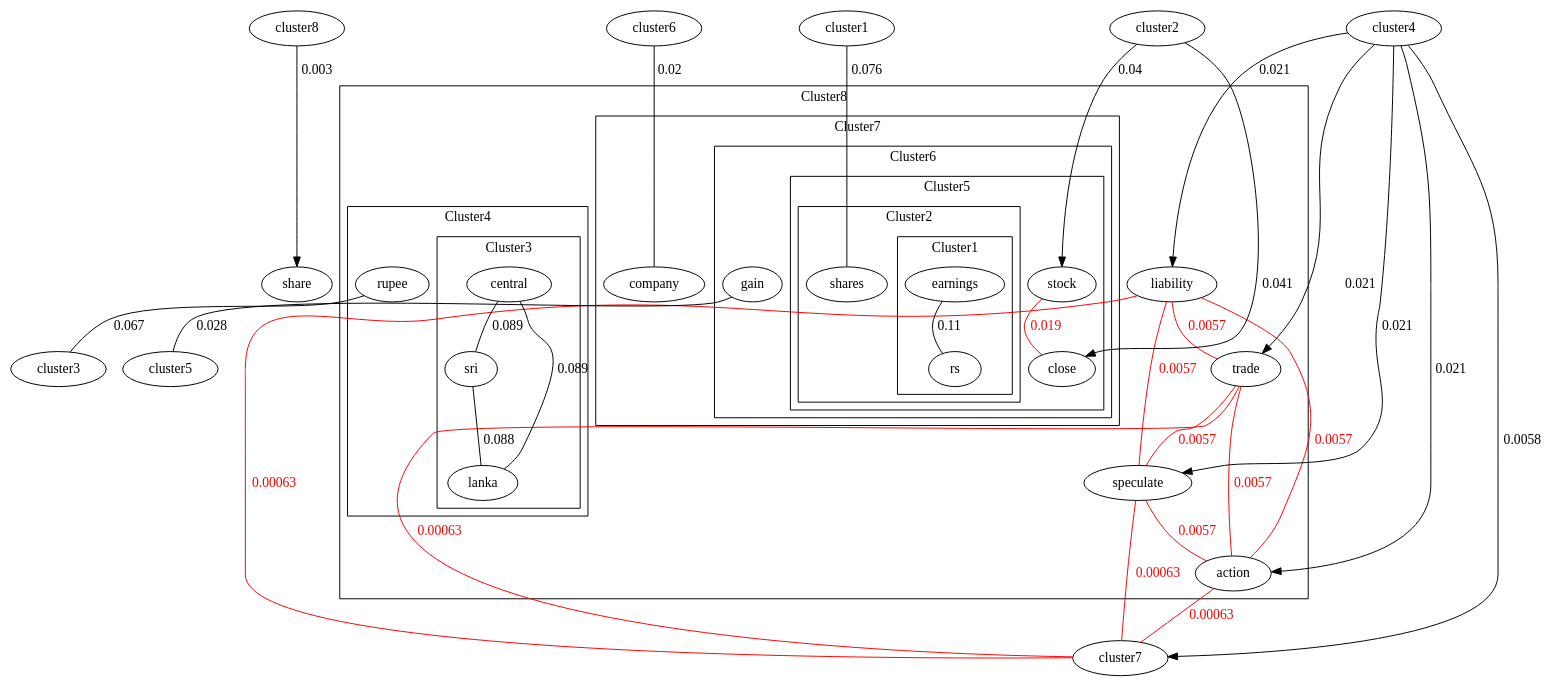
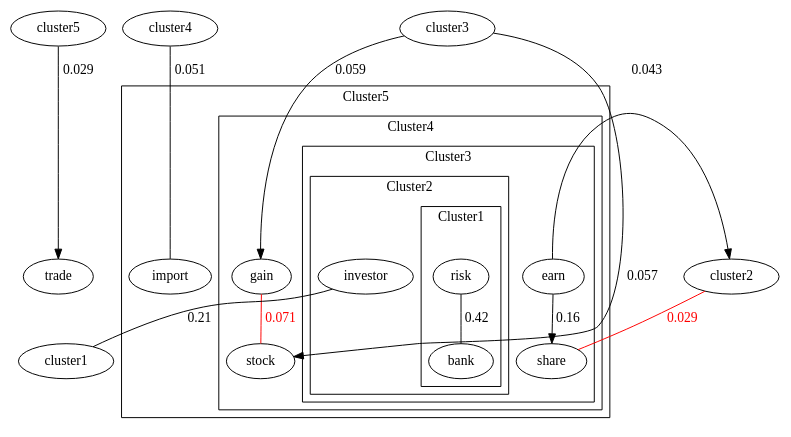
Before and after one commit to Achikumarasinghe/research_final: the diagram in Hgraph.dot, drawn with Graphviz. The commit also changed 9 other files, not shown here.

```diff
--- a/Hgraph.dot
+++ b/Hgraph.dot
@@ -1,65 +1,34 @@
 graph G {
 graph [shape="ellipse"];
-share
-subgraph cluster8 {
-liability
 trade
-speculate
-action
+subgraph cluster5 {
+import
 subgraph cluster4 {
-rupee
+gain
+stock
 subgraph cluster3 {
-central -- sri [label=0.089];
-sri -- lanka [label=0.088];
-lanka -- central [label=0.089];
+earn
+earn -- share [label=0.16,dir=forward];
+subgraph cluster2 {
+investor
+subgraph cluster1 {
+risk -- bank [label=0.42];
+label=Cluster1
+}
+label=Cluster2
+}
 label=Cluster3
 }
 label=Cluster4
 }
-subgraph cluster7 {
-company
-subgraph cluster6 {
-gain
-subgraph cluster5 {
-stock
-close
-subgraph cluster2 {
-shares
-subgraph cluster1 {
-earnings -- rs [label=0.11];
-label=Cluster1
-}
-label=Cluster2
-}
 label=Cluster5
 }
-label=Cluster6
+cluster4 -- import [label=0.051];
+cluster3 -- gain [label=0.059,dir=forward];
+cluster3 -- stock [label=0.057,dir=forward];
+earn -- cluster2 [label=0.043,dir=forward];
+investor -- cluster1 [label=0.21];
+cluster5 -- trade [label=0.029,dir=forward];
+cluster2--share[label=0.029,color=red,fontcolor=red];
+gain--stock[label=0.071,color=red,fontcolor=red];
 }
-label=Cluster7
-}
-label=Cluster8
-}
-cluster4 -- liability [label=0.021,dir=forward];
-cluster4 -- trade [label=0.021,dir=forward];
-cluster4 -- speculate [label=0.021,dir=forward];
-cluster4 -- action [label=0.021,dir=forward];
-cluster4 -- cluster7 [label=0.0058,dir=forward];
-rupee -- cluster3 [label=0.067];
-cluster6 -- company [label=0.02];
-gain -- cluster5 [label=0.028];
-cluster2 -- stock [label=0.04,dir=forward];
-cluster2 -- close [label=0.041,dir=forward];
-cluster1 -- shares [label=0.076];
-cluster8 -- share [label=0.003,dir=forward];
-stock--close[label=0.019,color=red,fontcolor=red];
-liability--trade[label=0.0057,color=red,fontcolor=red];
-liability--speculate[label=0.0057,color=red,fontcolor=red];
-liability--action[label=0.0057,color=red,fontcolor=red];
-liability--cluster7[label=0.00063,color=red,fontcolor=red];
-trade--speculate[label=0.0057,color=red,fontcolor=red];
-trade--action[label=0.0057,color=red,fontcolor=red];
-trade--cluster7[label=0.00063,color=red,fontcolor=red];
-speculate--action[label=0.0057,color=red,fontcolor=red];
-speculate--cluster7[label=0.00063,color=red,fontcolor=red];
-action--cluster7[label=0.00063,color=red,fontcolor=red];
-}
```
